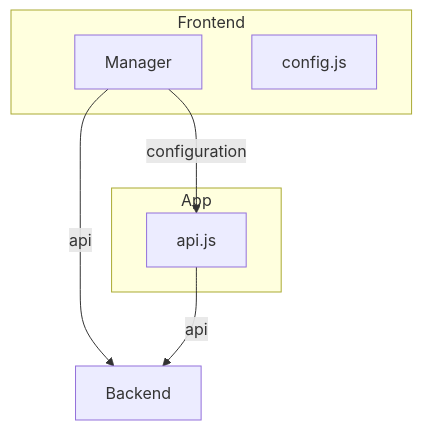
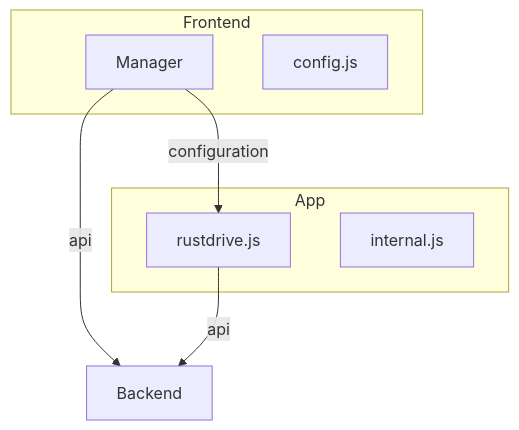
The diagram in README.md (rust-drive/frontend), drawn with Mermaid before and after one commit. The commit also changed other lines of this file and 1 other file, not shown here.

````diff
--- a/README.md
+++ b/README.md
@@ -5,16 +5,17 @@
 ```mermaid
 graph TD
 
 subgraph Frontend
     Manager
     config.js
 end
 
-Manager --"configuration"--> api.js
+Manager --"configuration"--> rustdrive.js
 Manager --"api"--> Backend
-api.js --"api"--> Backend
+rustdrive.js --"api"--> Backend
 
 subgraph App
-    api.js
+    rustdrive.js
+    internal.js
 end
 ```
````
